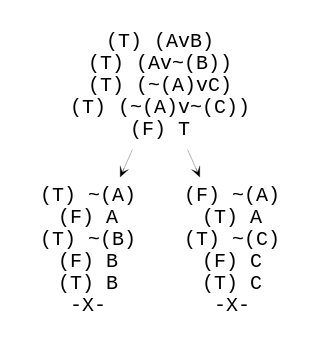
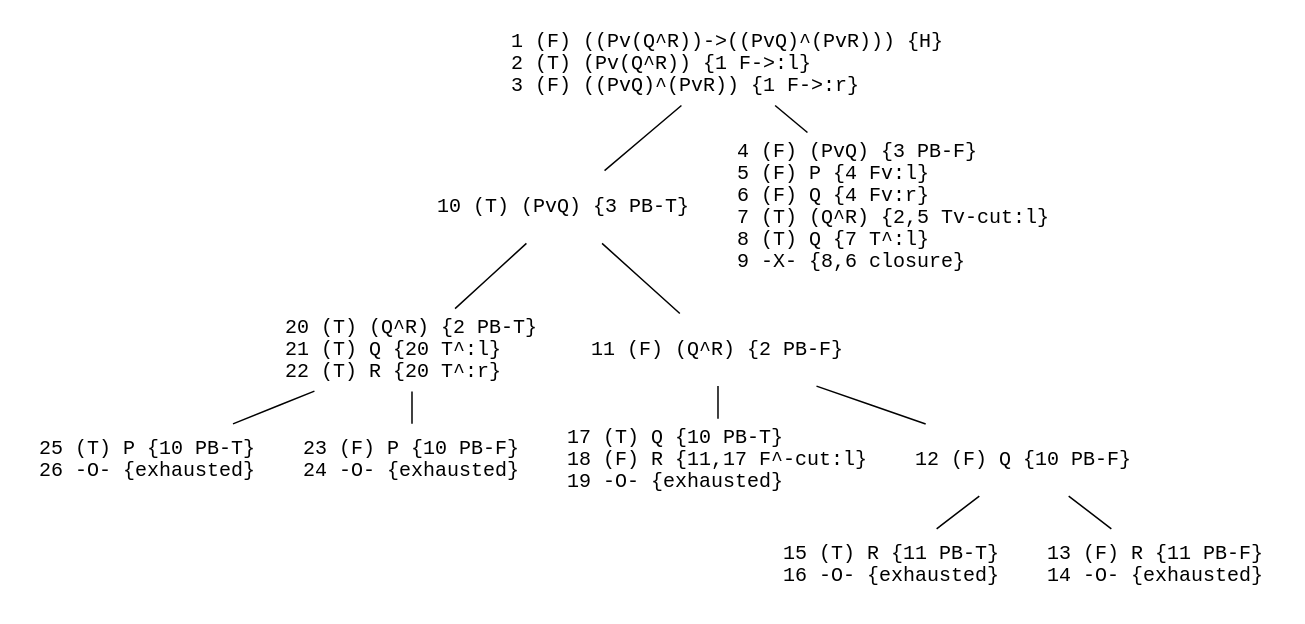
The diagram in logic/ke_teste.gv (fredmbs/logic), drawn with Graphviz before and after one commit. The commit also changed 84 other files, not shown here.

```diff
--- a/logic/ke_teste.gv
+++ b/logic/ke_teste.gv
@@ -1,10 +1,26 @@
 digraph g {
 graph[nodesep=0.1, ranksep=0.2];
 node[shape=plaintext, fontname="Courier", fontsize=10];
-edge[arrowsize=0.5, arrowhead=vee,  penwidth=0.15];
-node1[label="(T) (AvB)\n(T) (Av~(B))\n(T) (~(A)vC)\n(T) (~(A)v~(C))\n(F) T"];
-node2[label="(T) ~(A)\n(F) A\n(T) ~(B)\n(F) B\n(T) B\n-X-"];
+edge[arrowsize=0.0, arrowhead=none,  penwidth=0.75];
+node1[label="1 (F) ((Pv(Q^R))->((PvQ)^(PvR))) {H}\l2 (T) (Pv(Q^R)) {1 F->:l}\l3 (F) ((PvQ)^(PvR)) {1 F->:r}\l"];
+node2[label="10 (T) (PvQ) {3 PB-T}\l"];
+node3[label="20 (T) (Q^R) {2 PB-T}\l21 (T) Q {20 T^:l}\l22 (T) R {20 T^:r}\l"];
+node4[label="25 (T) P {10 PB-T}\l26 -O- {exhausted}\l"];
+node3 -> node4;
+node5[label="23 (F) P {10 PB-F}\l24 -O- {exhausted}\l"];
+node3 -> node5;
+node2 -> node3;
+node6[label="11 (F) (Q^R) {2 PB-F}\l"];
+node7[label="17 (T) Q {10 PB-T}\l18 (F) R {11,17 F^-cut:l}\l19 -O- {exhausted}\l"];
+node6 -> node7;
+node8[label="12 (F) Q {10 PB-F}\l"];
+node9[label="15 (T) R {11 PB-T}\l16 -O- {exhausted}\l"];
+node8 -> node9;
+node10[label="13 (F) R {11 PB-F}\l14 -O- {exhausted}\l"];
+node8 -> node10;
+node6 -> node8;
+node2 -> node6;
 node1 -> node2;
-node3[label="(F) ~(A)\n(T) A\n(T) ~(C)\n(F) C\n(T) C\n-X-"];
-node1 -> node3;
+node11[label="4 (F) (PvQ) {3 PB-F}\l5 (F) P {4 Fv:l}\l6 (F) Q {4 Fv:r}\l7 (T) (Q^R) {2,5 Tv-cut:l}\l8 (T) Q {7 T^:l}\l9 -X- {8,6 closure}\l"];
+node1 -> node11;
 }
```
